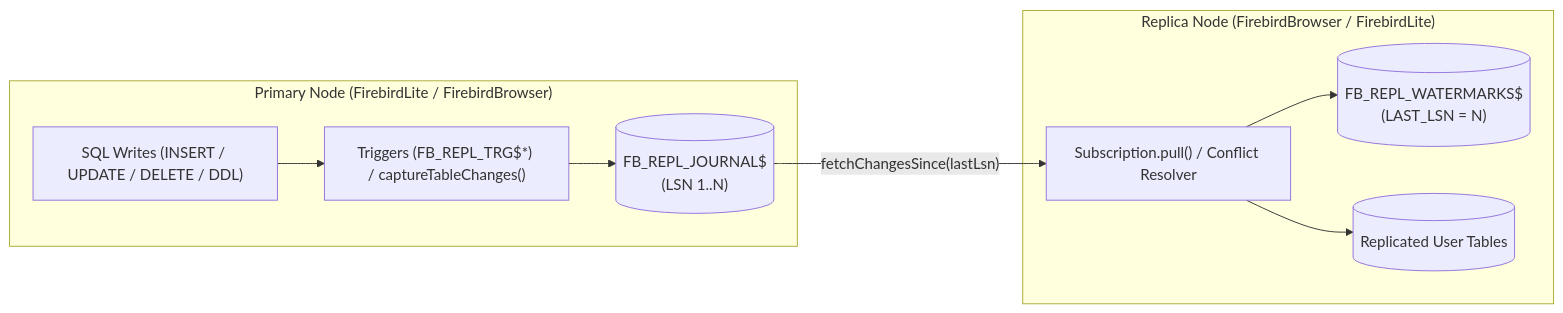
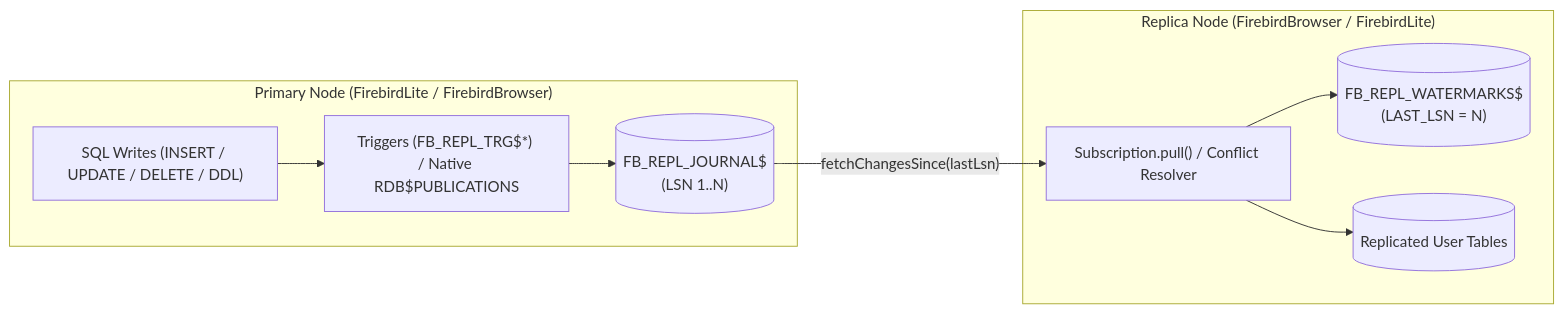
Before and after one commit to mariuz/electric-firebird: the first of 2 diagrams in docs/replication.md, drawn with Mermaid. The commit also changed other lines of this file and 12 other files, not shown here.

````diff
--- a/docs/replication.md
+++ b/docs/replication.md
@@ -39,19 +57,19 @@
 ```mermaid
 flowchart LR
   subgraph Primary["Primary Node (FirebirdLite / FirebirdBrowser)"]
     AppA["SQL Writes (INSERT / UPDATE / DELETE / DDL)"]
-    TrgA["Triggers (FB_REPL_TRG$*) / captureTableChanges()"]
+    TrgA["Triggers (FB_REPL_TRG$*) / Native RDB$PUBLICATIONS"]
     JrnA[("FB_REPL_JOURNAL$\n(LSN 1..N)")]
     AppA --> TrgA --> JrnA
   end
 
   subgraph Replica["Replica Node (FirebirdBrowser / FirebirdLite)"]
     SubB["Subscription.pull() / Conflict Resolver"]
     WmkB[("FB_REPL_WATERMARKS$\n(LAST_LSN = N)")]
     TblB[("Replicated User Tables")]
     SubB --> TblB
     SubB --> WmkB
   end
 
   JrnA -- "fetchChangesSince(lastLsn)" --> SubB
 ```
````
